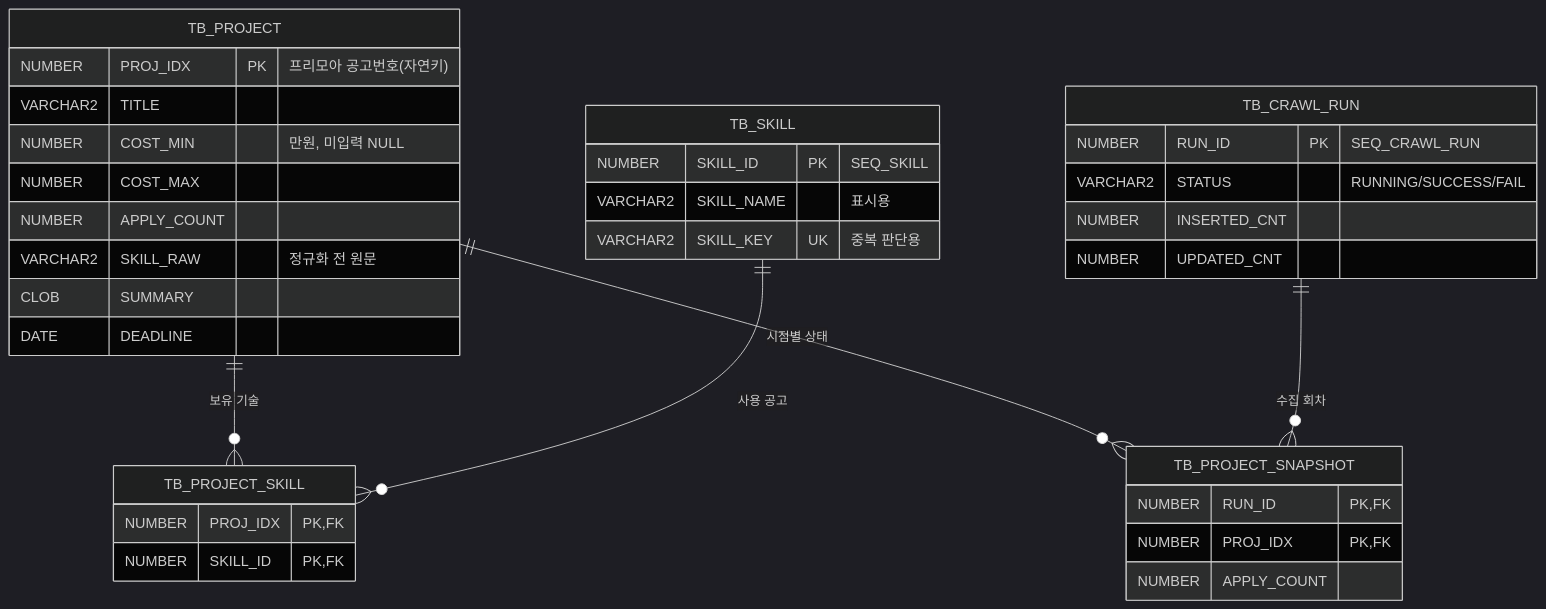
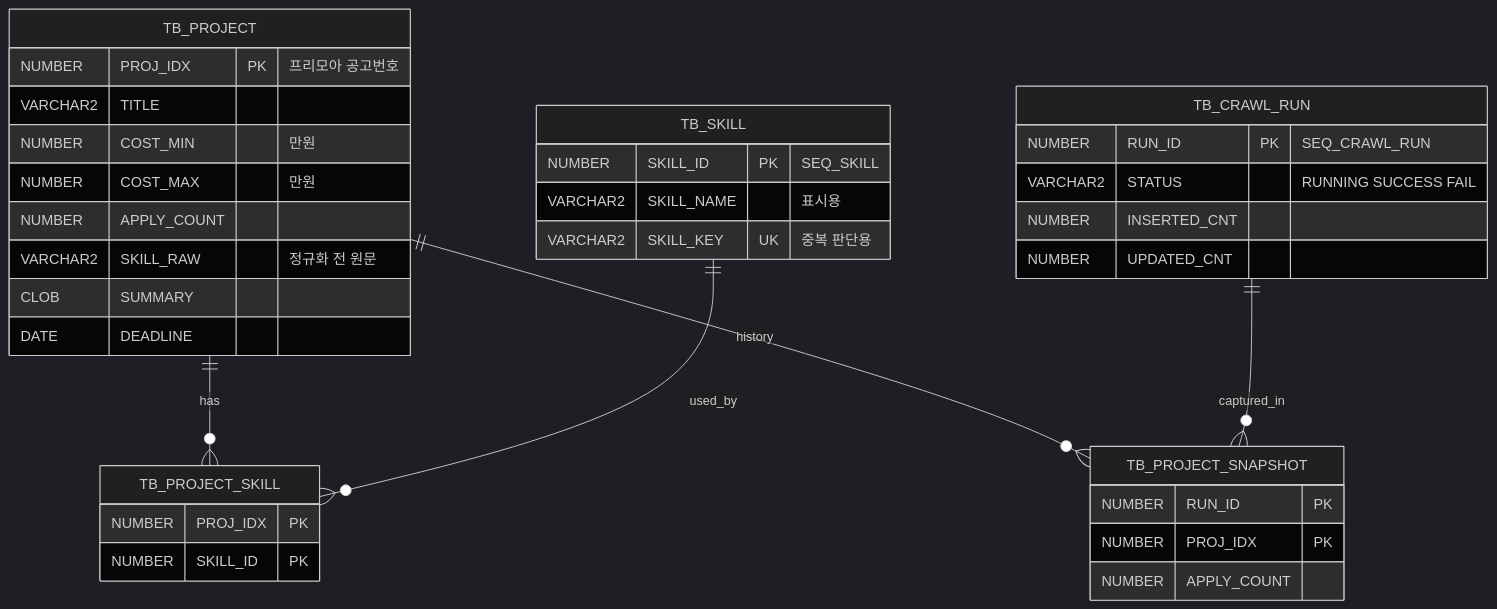
Before and after one commit to lhk9311/00.freemoa_crawler: the second of 2 diagrams in README.md, drawn with Mermaid (dark theme). The commit also changed other lines of this file and 17 other files, not shown here.

````diff
--- a/README.md
+++ b/README.md
@@ -44,38 +118,38 @@
 ```mermaid
 erDiagram
-    TB_PROJECT ||--o{ TB_PROJECT_SKILL : "보유 기술"
-    TB_SKILL ||--o{ TB_PROJECT_SKILL : "사용 공고"
-    TB_PROJECT ||--o{ TB_PROJECT_SNAPSHOT : "시점별 상태"
-    TB_CRAWL_RUN ||--o{ TB_PROJECT_SNAPSHOT : "수집 회차"
+    TB_PROJECT ||--o{ TB_PROJECT_SKILL : "has"
+    TB_SKILL ||--o{ TB_PROJECT_SKILL : "used_by"
+    TB_PROJECT ||--o{ TB_PROJECT_SNAPSHOT : "history"
+    TB_CRAWL_RUN ||--o{ TB_PROJECT_SNAPSHOT : "captured_in"
 
     TB_PROJECT {
-        NUMBER PROJ_IDX PK "프리모아 공고번호(자연키)"
+        NUMBER PROJ_IDX PK "프리모아 공고번호"
         VARCHAR2 TITLE
-        NUMBER COST_MIN "만원, 미입력 NULL"
-        NUMBER COST_MAX
+        NUMBER COST_MIN "만원"
+        NUMBER COST_MAX "만원"
         NUMBER APPLY_COUNT
         VARCHAR2 SKILL_RAW "정규화 전 원문"
         CLOB SUMMARY
         DATE DEADLINE
     }
     TB_SKILL {
         NUMBER SKILL_ID PK "SEQ_SKILL"
         VARCHAR2 SKILL_NAME "표시용"
         VARCHAR2 SKILL_KEY UK "중복 판단용"
     }
     TB_PROJECT_SKILL {
-        NUMBER PROJ_IDX PK, FK
-        NUMBER SKILL_ID PK, FK
+        NUMBER PROJ_IDX PK
+        NUMBER SKILL_ID PK
     }
     TB_CRAWL_RUN {
         NUMBER RUN_ID PK "SEQ_CRAWL_RUN"
-        VARCHAR2 STATUS "RUNNING/SUCCESS/FAIL"
+        VARCHAR2 STATUS "RUNNING SUCCESS FAIL"
         NUMBER INSERTED_CNT
         NUMBER UPDATED_CNT
     }
     TB_PROJECT_SNAPSHOT {
-        NUMBER RUN_ID PK, FK
-        NUMBER PROJ_IDX PK, FK
+        NUMBER RUN_ID PK
+        NUMBER PROJ_IDX PK
         NUMBER APPLY_COUNT
     }
 ```
````
